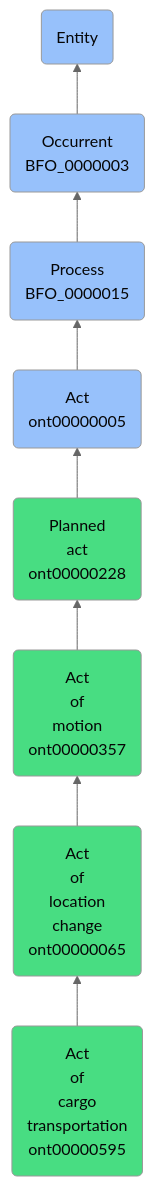
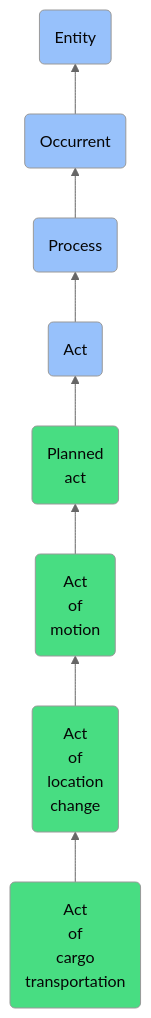
Before and after one commit to jupyter-naas/abi: the diagram in docs/ontology/reference/model/Entity/Occurrent/Process/Act/Planned act/Act of motion/Act of location change/Act of cargo transportation/Act of cargo transportation.md, drawn with Mermaid (neutral theme). The commit also changed other lines of this file and 1430 other files, not shown here.

````diff
--- a/docs/ontology/reference/model/Entity/Occurrent/Process/Act/Planned act/Act of motion/Act of location change/Act of cargo transportation/Act of cargo transportation.md
+++ b/docs/ontology/reference/model/Entity/Occurrent/Process/Act/Planned act/Act of motion/Act of location change/Act of cargo transportation/Act of cargo transportation.md
@@ -24,15 +24,15 @@
 ```mermaid
 graph BT
-    ont00000595(Act<br>of<br>cargo<br>transportation<br>ont00000595):::ABI-->ont00000065
-    ont00000065(Act<br>of<br>location<br>change<br>ont00000065):::ABI-->ont00000357
-    ont00000357(Act<br>of<br>motion<br>ont00000357):::ABI-->ont00000228
-    ont00000228(Planned<br>act<br>ont00000228):::ABI-->ont00000005
-    ont00000005(Act<br>ont00000005):::BFO-->BFO_0000015
-    BFO_0000015(Process<br>BFO_0000015):::BFO-->BFO_0000003
-    BFO_0000003(Occurrent<br>BFO_0000003):::BFO-->BFO_0000001
+    ont00000595(Act<br>of<br>cargo<br>transportation):::ABI-->ont00000065
+    ont00000065(Act<br>of<br>location<br>change):::ABI-->ont00000357
+    ont00000357(Act<br>of<br>motion):::ABI-->ont00000228
+    ont00000228(Planned<br>act):::ABI-->ont00000005
+    ont00000005(Act):::BFO-->BFO_0000015
+    BFO_0000015(Process):::BFO-->BFO_0000003
+    BFO_0000003(Occurrent):::BFO-->BFO_0000001
     BFO_0000001(Entity):::BFO
     
     classDef BFO fill:#97c1fb,color:#060606
     classDef CCO fill:#e4c51e,color:#060606
     classDef ABI fill:#48DD82,color:#060606
 ```
````
